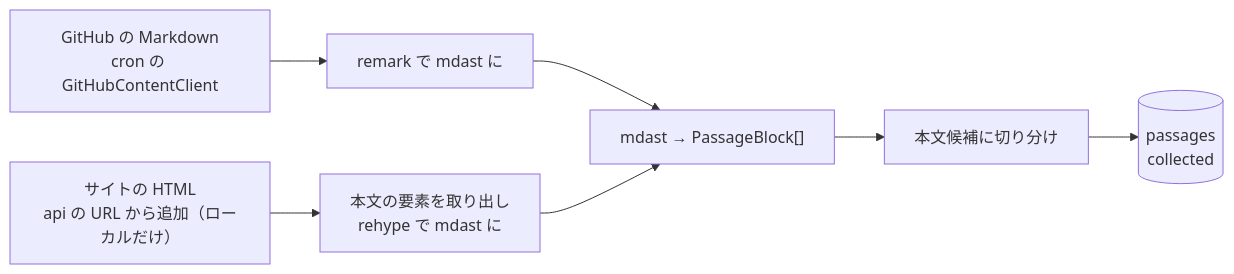
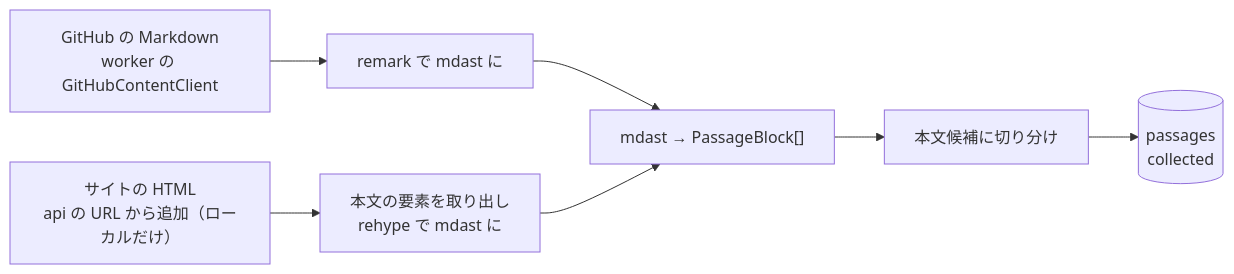
Before and after one commit to kentakki416/tech-english: the first of 4 diagrams in docs/spec/content-collection/README.md, drawn with Mermaid. The commit also changed other lines of this file and 69 other files, not shown here.

Commit message:
feat(worker): cron の collect:passages をやめ、収集の処理を worker に移して、admin の今すぐ収集のジョブ（collect-source）を足す

````diff
--- a/docs/spec/content-collection/README.md
+++ b/docs/spec/content-collection/README.md
@@ -194,14 +192,14 @@
 ```mermaid
 flowchart LR
-    gh["GitHub の Markdown<br/>cron の GitHubContentClient"]
+    gh["GitHub の Markdown<br/>worker の GitHubContentClient"]
     web["サイトの HTML<br/>api の URL から追加（ローカルだけ）"]
     md["remark で mdast に"]
     html["本文の要素を取り出し<br/>rehype で mdast に"]
     blocks["mdast → PassageBlock[]"]
     split["本文候補に切り分け"]
     db[("passages<br/>collected")]
 
     gh --> md --> blocks
     web --> html --> blocks
     blocks --> split --> db
 ```
````
